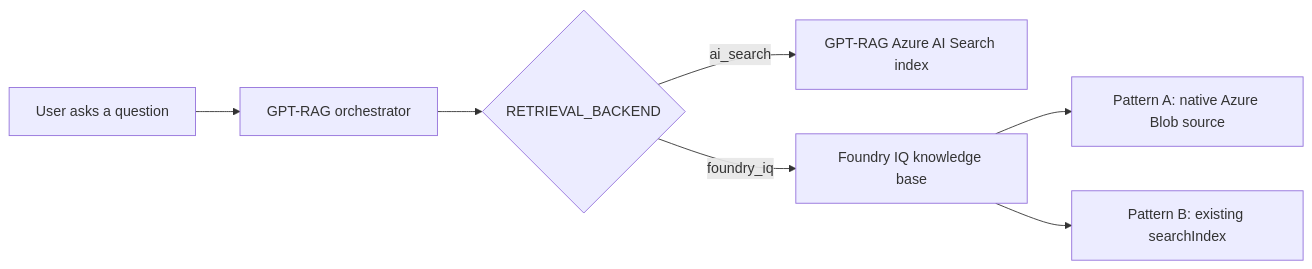
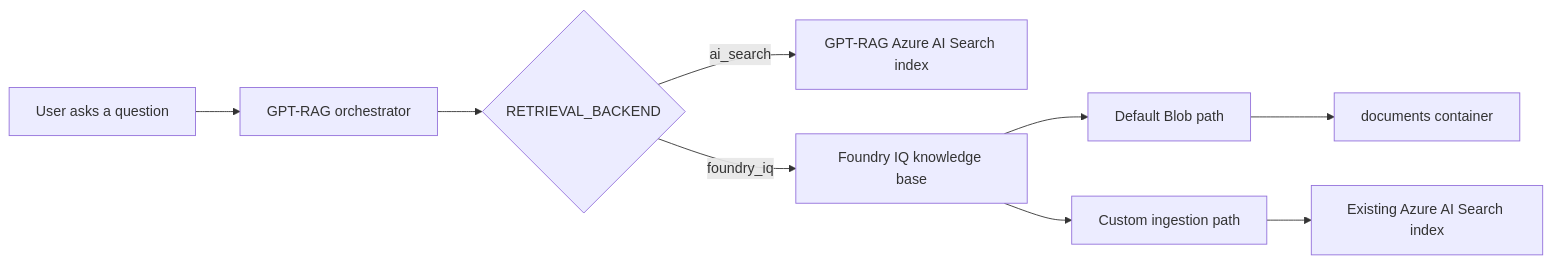
Before and after one commit to Azure/GPT-RAG: the first of 2 diagrams in docs/howto_retrieval_backend.md, drawn with Mermaid. The commit also changed other lines of this file, not shown here.

First line of the commit message:
docs(retrieval-backend): document content extraction mode default 'standard' and GPT-RAG ingestion fallback

````diff
--- a/docs/howto_retrieval_backend.md
+++ b/docs/howto_retrieval_backend.md
@@ -29,9 +28,11 @@
 ```mermaid
 flowchart LR
   User[User asks a question] --> Orchestrator[GPT-RAG orchestrator]
   Orchestrator --> Choice{RETRIEVAL_BACKEND}
   Choice -->|ai_search| Search[GPT-RAG Azure AI Search index]
   Choice -->|foundry_iq| KB[Foundry IQ knowledge base]
-  KB --> SourceA[Pattern A: native Azure Blob source]
-  KB --> SourceB[Pattern B: existing searchIndex]
+  KB --> Blob[Default Blob path]
+  KB --> Index[Custom ingestion path]
+  Blob --> Documents[documents container]
+  Index --> SearchIndex[Existing Azure AI Search index]
 ```
````
